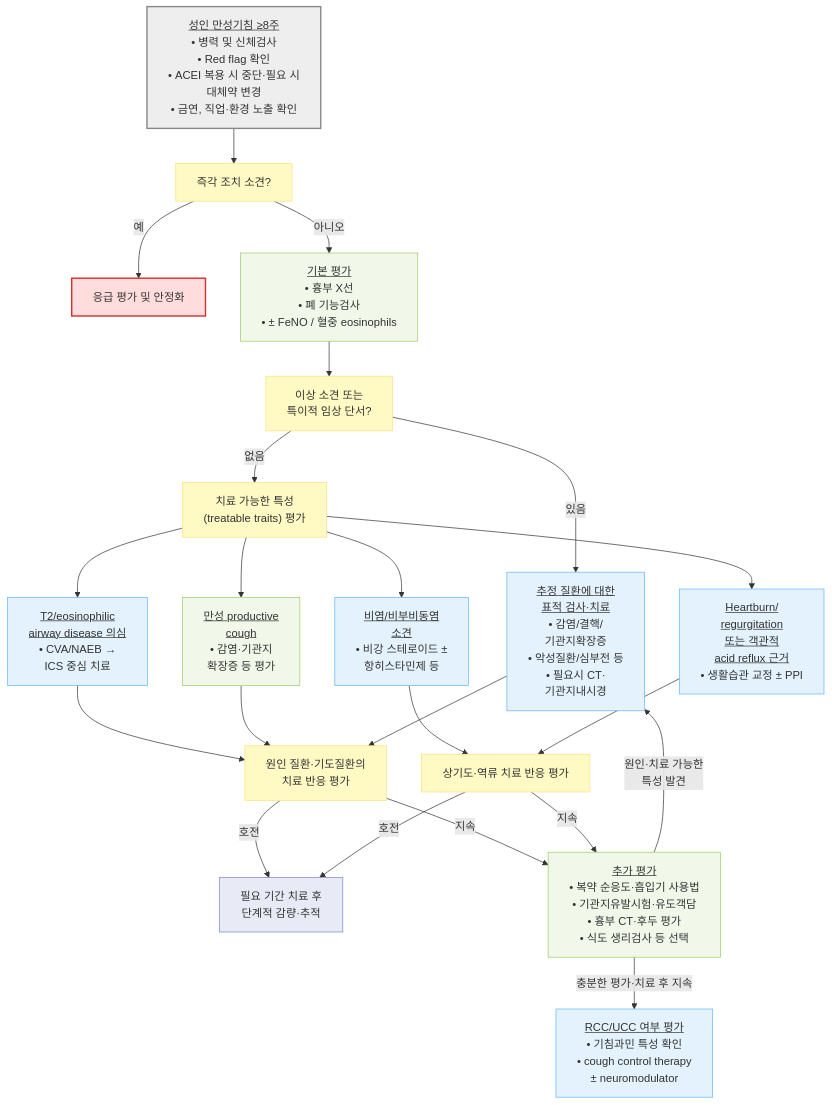
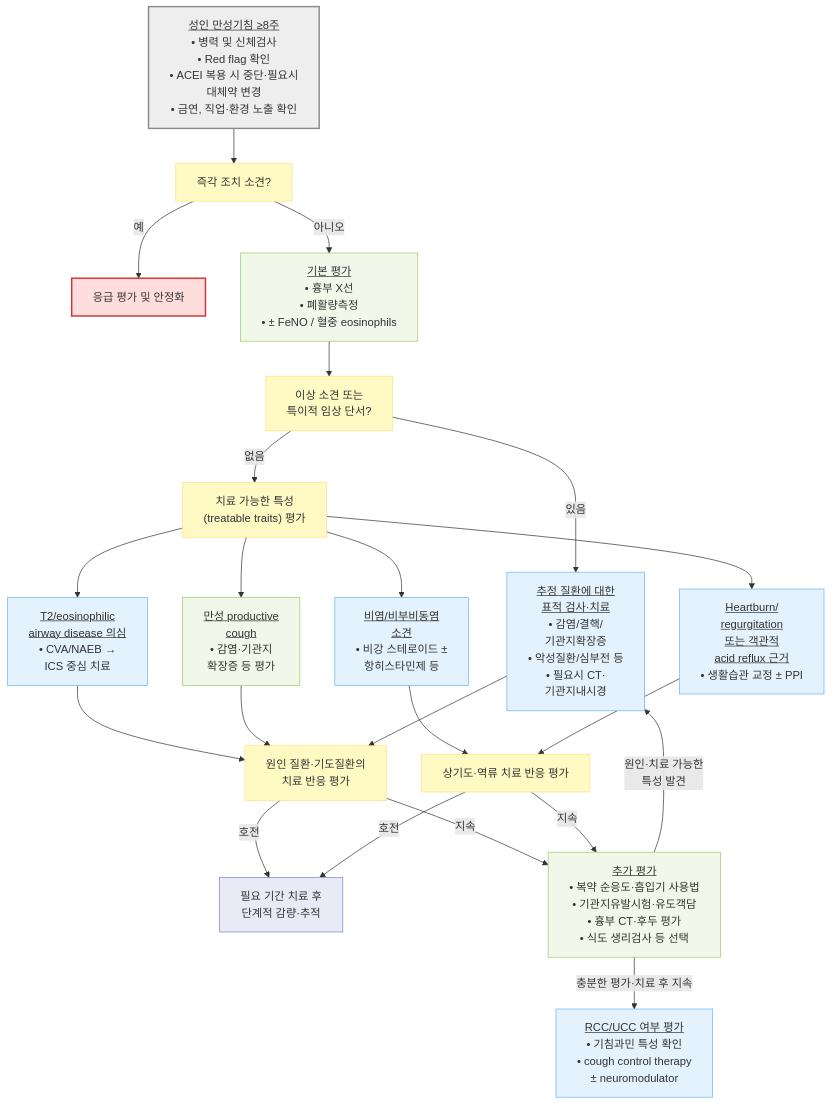
One commit to familyoh77/familyoh77 changed the third of 3 diagrams in 220_/006_-cough.md. Above: the diagram before and after it, drawn with Mermaid. The commit also changed other lines of this file, not shown here.

````diff
--- a/220_/006_-cough.md
+++ b/220_/006_-cough.md
@@ -365,38 +362,38 @@
 ```mermaid
 flowchart TD
-    Start["<u>성인 만성기침 ≥8주</u><br/>• 병력 및 신체검사<br/>• Red flag 확인<br/>• ACEI 복용 시 중단·필요 시 <br/>대체약 변경<br/>• 금연, 직업·환경 노출 확인"]
+    Start["<u>성인 만성기침 ≥8주</u><br/>• 병력 및 신체검사<br/>• Red flag 확인<br/>• ACEI 복용 시 중단·필요시 <br/>대체약 변경<br/>• 금연, 직업·환경 노출 확인"]
     Start --> Urgent["즉각 조치 소견?"]
     Urgent -- "예" --> Emergency["응급 평가 및 안정화"]
-    Urgent -- "아니오" --> Basic["<u>기본 평가</u><br/>• 흉부 X선<br/>• 폐 기능검사<br/>• ± FeNO / 혈중 eosinophils"]
+    Urgent -- "아니오" --> Basic["<u>기본 평가</u><br/>• 흉부 X선<br/>• 폐활량측정<br/>• ± FeNO / 혈중 eosinophils"]
     Basic --> Abnormal["이상 소견 또는<br/>특이적 임상 단서?"]
     Abnormal -- "있음" --> Specific["<u>추정 질환에 대한 <br/>표적 검사·치료</u><br/>• 감염/결핵/<br/>기관지확장증<br/>• 악성질환/심부전 등<br/>• 필요시 CT·<br/>기관지내시경"]
     Abnormal -- "없음" --> Traits["치료 가능한 특성<br/>(treatable traits) 평가"]
     Traits --> Eos["<u>T2/eosinophilic <br/>airway disease 의심</u><br/>• CVA/NAEB → <br/>ICS 중심 치료"]
     Traits --> Upper["<u>비염/비부비동염 <br/>소견</u><br/>• 비강 스테로이드 ± <br/>항히스타민제 등"]
     Traits --> Reflux["<u>Heartburn/<br/>regurgitation <br/>또는 객관적 <br/>acid reflux 근거</u><br/>• 생활습관 교정 ± PPI"]
     Traits --> Productive["<u>만성 productive <br/>cough</u><br/>• 감염·기관지<br/>확장증 등 평가"]
     Eos --> FU["원인 질환·기도질환의 <br/>치료 반응 평가"]
     Productive --> FU
     Specific --> FU
     Upper --> FUUpper["상기도·역류 치료 반응 평가"]
     Reflux --> FUUpper
     FU -- "호전" --> Maintain["필요 기간 치료 후<br/>단계적 감량·추적"]
     FUUpper -- "호전" --> Maintain
     FU -- "지속" --> Add["<u>추가 평가</u><br/>• 복약 순응도·흡입기 사용법<br/>• 기관지유발시험·유도객담<br/>• 흉부 CT·후두 평가<br/>• 식도 생리검사 등 선택"]
     FUUpper -- "지속" --> Add
     Add -- "원인·치료 가능한 <br/>특성 발견" --> Specific
     Add -- "충분한 평가·치료 후 지속" --> RCC["<u>RCC/UCC 여부 평가</u><br/>• 기침과민 특성 확인<br/>• cough control therapy <br/>± neuromodulator"]
     classDef start fill:#eeeeee,stroke:#888888,stroke-width:2px
     classDef question fill:#fff9c4,stroke:#ffe082
     classDef emergency fill:#ffdddd,stroke:#d32f2f,stroke-width:2px
     classDef evaluation fill:#f1f8e9,stroke:#9ccc65
     classDef treatment fill:#e3f2fd,stroke:#64b5f6
     classDef followup fill:#e8eaf6,stroke:#7986cb
     class Start start
     class Urgent,Abnormal,Traits,FU,FUUpper question
     class Emergency emergency
     class Basic,Productive,Add evaluation
     class Specific,Eos,Upper,Reflux,RCC treatment
     class Maintain followup
 
 ```
````
